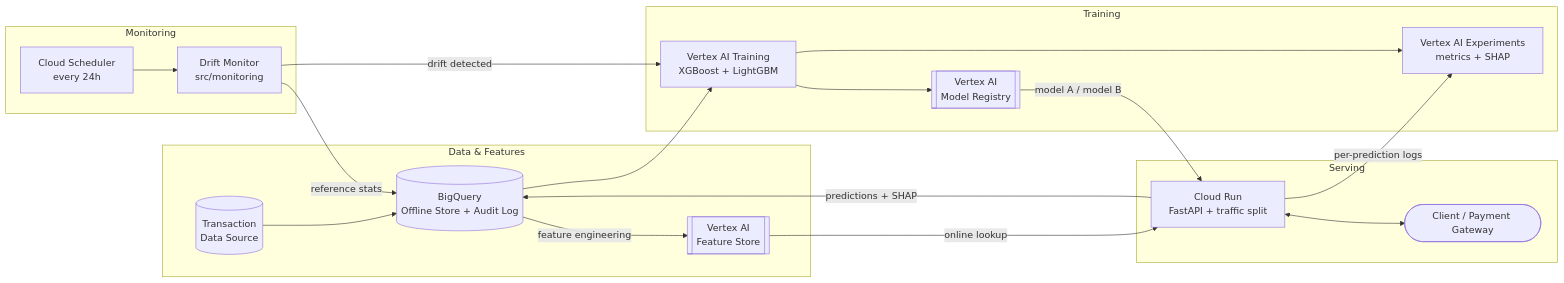
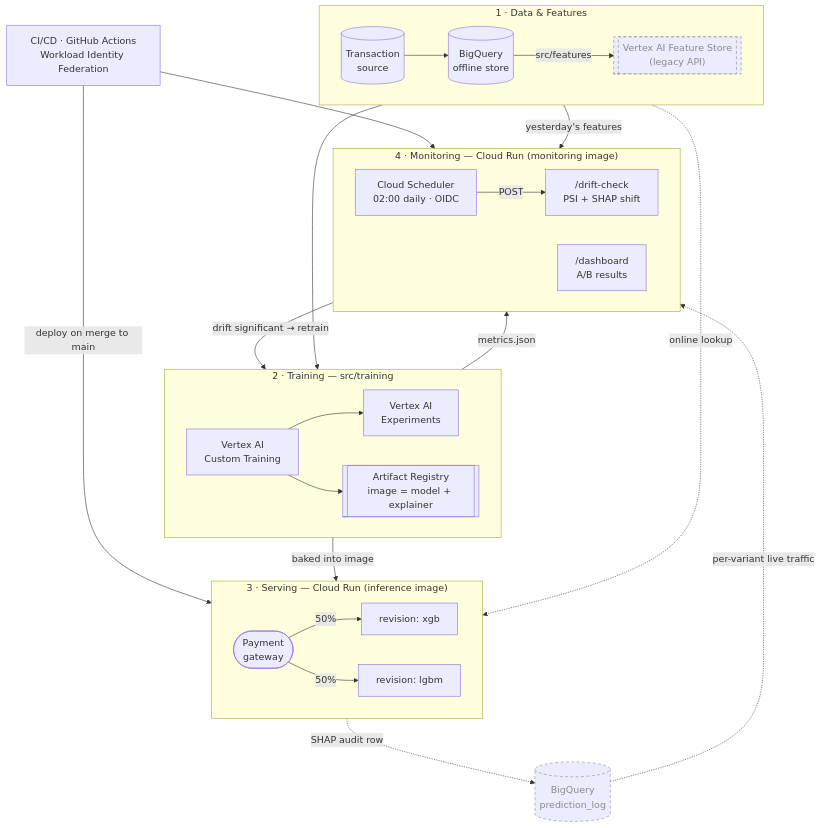
Before and after one commit to Milonahmed96/gcp-fraud-detection-mlops: the diagram in README.md, drawn with Mermaid. The commit also changed other lines of this file and 2 other files, not shown here.

Commit message:
docs: add architecture diagram, verify cost figures, flag deprecated Feature Store API

````diff
--- a/README.md
+++ b/README.md
@@ -13,38 +16,44 @@
 ```mermaid
-flowchart LR
-    subgraph Ingest["Data & Features"]
-        DS[("Transaction<br/>Data Source")]
-        BQ[("BigQuery<br/>Offline Store + Audit Log")]
-        FS[["Vertex AI<br/>Feature Store"]]
-        DS --> BQ
-        BQ -->|feature engineering| FS
+flowchart TB
+    subgraph Ingest["1 · Data &amp; Features"]
+        direction LR
+        DS[("Transaction<br/>source")] --> BQ[("BigQuery<br/>offline store")]
+        BQ -->|"src/features"| FS[["Vertex AI Feature Store<br/>(legacy API)"]]
     end
 
-    subgraph Train["Training"]
-        VT["Vertex AI Training<br/>XGBoost + LightGBM"]
-        EXP["Vertex AI Experiments<br/>metrics + SHAP"]
-        MR[["Vertex AI<br/>Model Registry"]]
-        VT --> EXP
-        VT --> MR
+    subgraph Train["2 · Training — src/training"]
+        direction LR
+        VT["Vertex AI<br/>Custom Training"] --> EXP["Vertex AI<br/>Experiments"]
+        VT --> AR[["Artifact Registry<br/>image = model + explainer"]]
     end
 
-    subgraph Serve["Serving"]
-        CR["Cloud Run<br/>FastAPI + traffic split"]
-        CL(["Client / Payment Gateway"])
-        CR <--> CL
+    subgraph Serve["3 · Serving — Cloud Run (inference image)"]
+        direction LR
+        CL(["Payment<br/>gateway"]) -->|"50%"| XGB["revision: xgb"]
+        CL -->|"50%"| LGBM["revision: lgbm"]
     end
 
-    subgraph Monitor["Monitoring"]
-        CS["Cloud Scheduler<br/>every 24h"]
-        DM["Drift Monitor<br/>src/monitoring"]
-        CS --> DM
-        DM -->|drift detected| VT
-        DM -->|reference stats| BQ
+    subgraph Ops["4 · Monitoring — Cloud Run (monitoring image)"]
+        direction LR
+        CS["Cloud Scheduler<br/>02:00 daily · OIDC"] -->|POST| DM["/drift-check<br/>PSI + SHAP shift"]
+        DB["/dashboard<br/>A/B results"]
     end
 
+    GH["CI/CD · GitHub Actions<br/>Workload Identity Federation"]
+    PL[("BigQuery<br/>prediction_log")]
+
     BQ --> VT
-    FS -->|online lookup| CR
-    MR -->|model A / model B| CR
-    CR -->|predictions + SHAP| BQ
-    CR -->|per-prediction logs| EXP
+    AR -->|"baked into image"| Serve
+    AR -->|"metrics.json"| DB
+    BQ -->|"yesterday's features"| DM
+    DM -->|"drift significant → retrain"| VT
+    GH -->|"deploy on merge to main"| Serve
+    GH --> Ops
+
+    FS -.->|"online lookup"| Serve
+    Serve -.->|"SHAP audit row"| PL
+    PL -.->|"per-variant live traffic"| DB
+
+    classDef pending stroke-dasharray:5 4,color:#8a8a8a,stroke:#8a8a8a
+    class PL,FS pending
 ```
````
